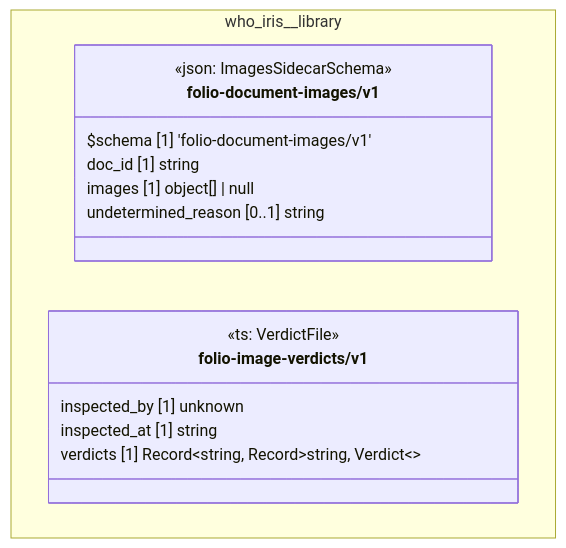
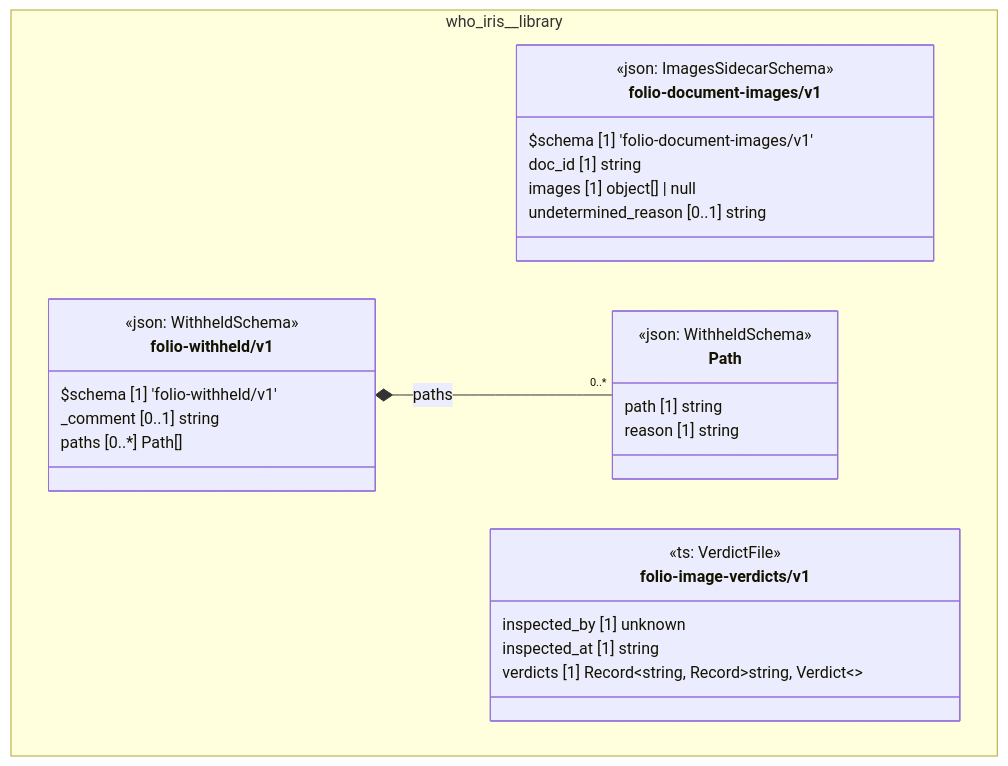
Before and after one commit to litlfred/folio-assistant: the diagram in cat-harness/uml/overview/who-iris/library.mmd, drawn with Mermaid. The commit also changed 34 other files, not shown here.

First line of the commit message:
withheld schema: declare @graphNode, regenerate glossary, UML overview and the KG export result

```diff
--- a/cat-harness/uml/overview/who-iris/library.mmd
+++ b/cat-harness/uml/overview/who-iris/library.mmd
@@ -1,19 +1,33 @@
 classDiagram
   direction TB
   namespace who_iris__library {
     class who_iris_library_folio_document_images_v1_folio_document_images_v1["folio-document-images/v1"] {
       <<json: ImagesSidecarSchema>>
       $schema [1] 'folio-document-images/v1'
       doc_id [1] string
       images [1] object[] | null
       undetermined_reason [0..1] string
     }
     class who_iris_library_folio_image_verdicts_v1["folio-image-verdicts/v1"] {
       <<ts: VerdictFile>>
       inspected_by [1] unknown
       inspected_at [1] string
       verdicts [1] Record~string, Record~string, Verdict~~
     }
+    class who_iris_library_folio_withheld_v1_Path["Path"] {
+      <<json: WithheldSchema>>
+      path [1] string
+      reason [1] string
+    }
+    class who_iris_library_folio_withheld_v1_folio_withheld_v1["folio-withheld/v1"] {
+      <<json: WithheldSchema>>
+      $schema [1] 'folio-withheld/v1'
+      _comment [0..1] string
+      paths [0..*] Path[]
+    }
   }
+  who_iris_library_folio_withheld_v1_folio_withheld_v1 *-- "0..*" who_iris_library_folio_withheld_v1_Path : paths
   cssClass "who_iris_library_folio_document_images_v1_folio_document_images_v1" fa_uml_kind_library
   cssClass "who_iris_library_folio_image_verdicts_v1" fa_uml_kind_library
+  cssClass "who_iris_library_folio_withheld_v1_Path" fa_uml_kind_library
+  cssClass "who_iris_library_folio_withheld_v1_folio_withheld_v1" fa_uml_kind_library
```
